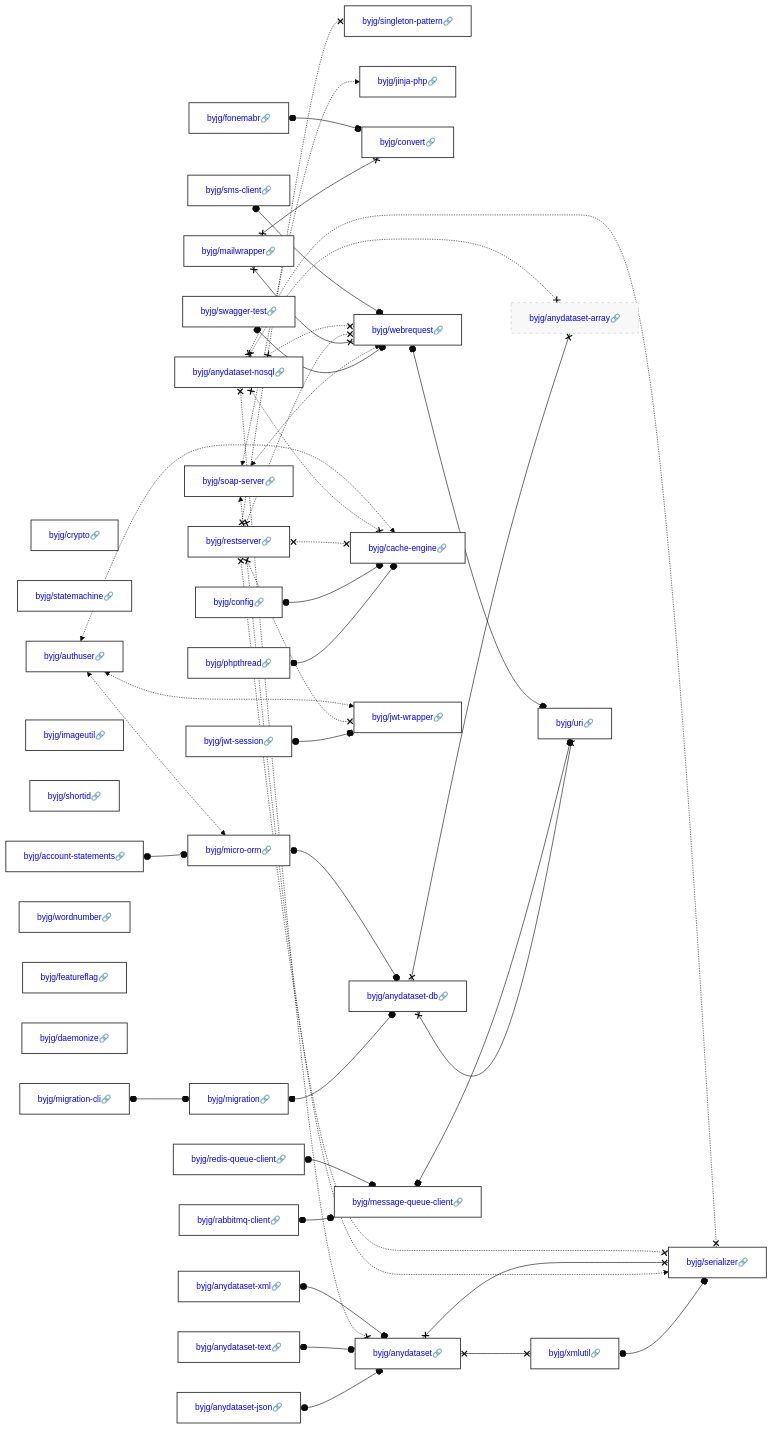
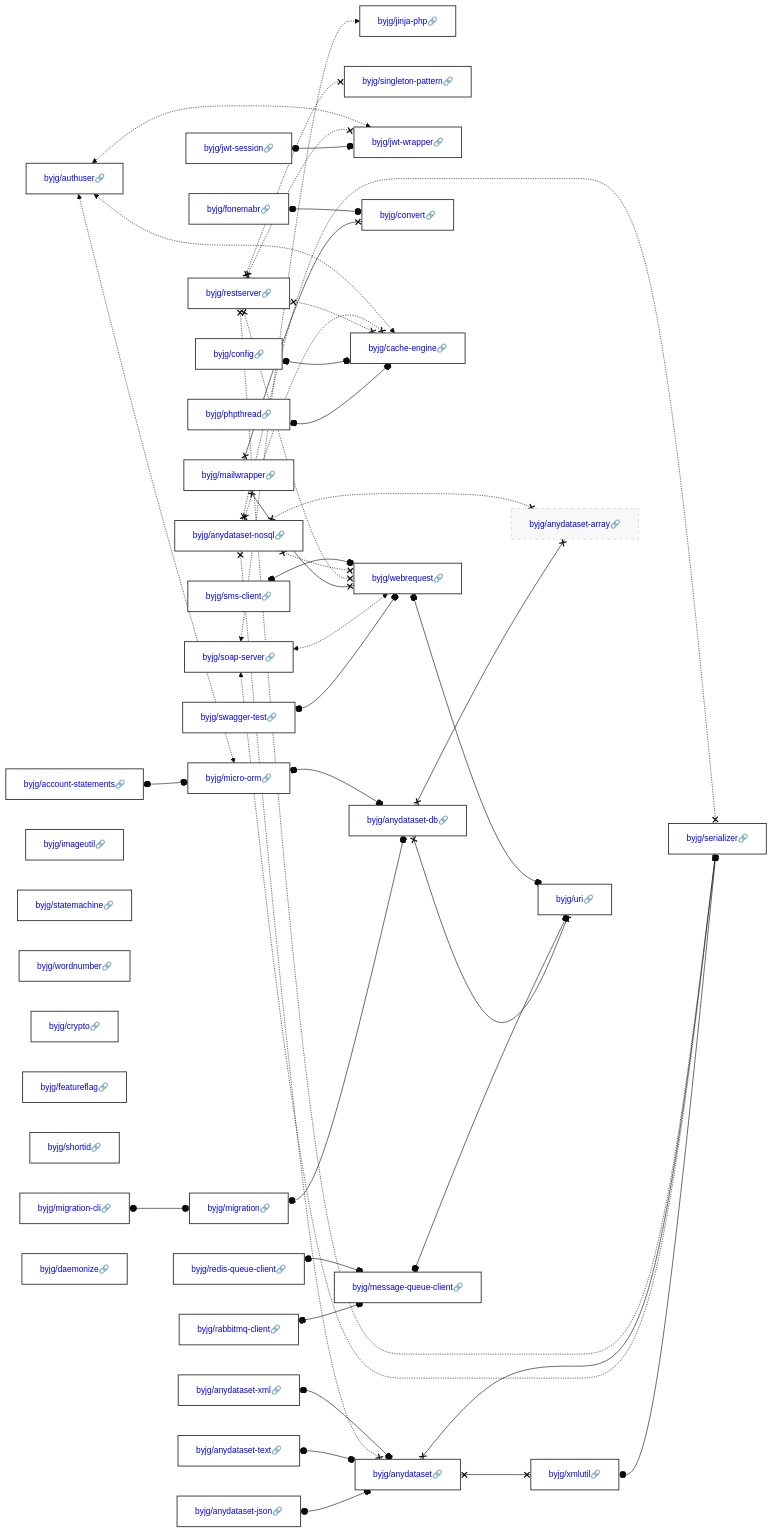
One commit to byjg/byjg.github.io changed the diagram in docs/php/README.md. Above: the diagram before and after it, drawn with Mermaid (base theme). The commit also changed other lines of this file, not shown here.

Commit message:
Update documentation 'php' 'php-serializer'

````diff
--- a/docs/php/README.md
+++ b/docs/php/README.md
@@ -3,45 +3,45 @@
 ```mermaid
 graph LR;
+  byjg/authuser[<a href='https://opensource.byjg.com/docs/php/authuser' style='text-decoration:none'>byjg/authuser🔗</a>];
+  byjg/jwt-session[<a href='https://opensource.byjg.com/docs/php/jwt-session' style='text-decoration:none'>byjg/jwt-session🔗</a>];
+  byjg/anydataset-nosql[<a href='https://opensource.byjg.com/docs/php/anydataset-nosql' style='text-decoration:none'>byjg/anydataset-nosql🔗</a>];
+  byjg/sms-client[<a href='https://opensource.byjg.com/docs/php/sms-client' style='text-decoration:none'>byjg/sms-client🔗</a>];
+  byjg/migration-cli[<a href='https://opensource.byjg.com/docs/php/migration-cli' style='text-decoration:none'>byjg/migration-cli🔗</a>];
+  byjg/mailwrapper[<a href='https://opensource.byjg.com/docs/php/mailwrapper' style='text-decoration:none'>byjg/mailwrapper🔗</a>];
+  byjg/soap-server[<a href='https://opensource.byjg.com/docs/php/soap-server' style='text-decoration:none'>byjg/soap-server🔗</a>];
+  byjg/imageutil[<a href='https://opensource.byjg.com/docs/php/imageutil' style='text-decoration:none'>byjg/imageutil🔗</a>];
+  byjg/config[<a href='https://opensource.byjg.com/docs/php/config' style='text-decoration:none'>byjg/config🔗</a>];
+  byjg/statemachine[<a href='https://opensource.byjg.com/docs/php/statemachine' style='text-decoration:none'>byjg/statemachine🔗</a>];
+  byjg/restserver[<a href='https://opensource.byjg.com/docs/php/restserver' style='text-decoration:none'>byjg/restserver🔗</a>];
+  byjg/swagger-test[<a href='https://opensource.byjg.com/docs/php/swagger-test' style='text-decoration:none'>byjg/swagger-test🔗</a>];
+  byjg/fonemabr[<a href='https://opensource.byjg.com/docs/php/fonemabr' style='text-decoration:none'>byjg/fonemabr🔗</a>];
+  byjg/redis-queue-client[<a href='https://opensource.byjg.com/docs/php/redis-queue-client' style='text-decoration:none'>byjg/redis-queue-client🔗</a>];
+  byjg/anydataset-json[<a href='https://opensource.byjg.com/docs/php/anydataset-json' style='text-decoration:none'>byjg/anydataset-json🔗</a>];
+  byjg/phpthread[<a href='https://opensource.byjg.com/docs/php/phpthread' style='text-decoration:none'>byjg/phpthread🔗</a>];
+  byjg/wordnumber[<a href='https://opensource.byjg.com/docs/php/wordnumber' style='text-decoration:none'>byjg/wordnumber🔗</a>];
   byjg/crypto[<a href='https://opensource.byjg.com/docs/php/crypto' style='text-decoration:none'>byjg/crypto🔗</a>];
-  byjg/restserver[<a href='https://opensource.byjg.com/docs/php/restserver' style='text-decoration:none'>byjg/restserver🔗</a>];
+  byjg/featureflag[<a href='https://opensource.byjg.com/docs/php/featureflag' style='text-decoration:none'>byjg/featureflag🔗</a>];
+  byjg/shortid[<a href='https://opensource.byjg.com/docs/php/shortid' style='text-decoration:none'>byjg/shortid🔗</a>];
   byjg/anydataset-xml[<a href='https://opensource.byjg.com/docs/php/anydataset-xml' style='text-decoration:none'>byjg/anydataset-xml🔗</a>];
-  byjg/statemachine[<a href='https://opensource.byjg.com/docs/php/statemachine' style='text-decoration:none'>byjg/statemachine🔗</a>];
-  byjg/mailwrapper[<a href='https://opensource.byjg.com/docs/php/mailwrapper' style='text-decoration:none'>byjg/mailwrapper🔗</a>];
-  byjg/migration-cli[<a href='https://opensource.byjg.com/docs/php/migration-cli' style='text-decoration:none'>byjg/migration-cli🔗</a>];
-  byjg/imageutil[<a href='https://opensource.byjg.com/docs/php/imageutil' style='text-decoration:none'>byjg/imageutil🔗</a>];
-  byjg/shortid[<a href='https://opensource.byjg.com/docs/php/shortid' style='text-decoration:none'>byjg/shortid🔗</a>];
+  byjg/rabbitmq-client[<a href='https://opensource.byjg.com/docs/php/rabbitmq-client' style='text-decoration:none'>byjg/rabbitmq-client🔗</a>];
+  byjg/account-statements[<a href='https://opensource.byjg.com/docs/php/account-statements' style='text-decoration:none'>byjg/account-statements🔗</a>];
   byjg/anydataset-text[<a href='https://opensource.byjg.com/docs/php/anydataset-text' style='text-decoration:none'>byjg/anydataset-text🔗</a>];
-  byjg/phpthread[<a href='https://opensource.byjg.com/docs/php/phpthread' style='text-decoration:none'>byjg/phpthread🔗</a>];
-  byjg/jwt-session[<a href='https://opensource.byjg.com/docs/php/jwt-session' style='text-decoration:none'>byjg/jwt-session🔗</a>];
-  byjg/account-statements[<a href='https://opensource.byjg.com/docs/php/account-statements' style='text-decoration:none'>byjg/account-statements🔗</a>];
-  byjg/redis-queue-client[<a href='https://opensource.byjg.com/docs/php/redis-queue-client' style='text-decoration:none'>byjg/redis-queue-client🔗</a>];
-  byjg/wordnumber[<a href='https://opensource.byjg.com/docs/php/wordnumber' style='text-decoration:none'>byjg/wordnumber🔗</a>];
-  byjg/soap-server[<a href='https://opensource.byjg.com/docs/php/soap-server' style='text-decoration:none'>byjg/soap-server🔗</a>];
-  byjg/fonemabr[<a href='https://opensource.byjg.com/docs/php/fonemabr' style='text-decoration:none'>byjg/fonemabr🔗</a>];
-  byjg/featureflag[<a href='https://opensource.byjg.com/docs/php/featureflag' style='text-decoration:none'>byjg/featureflag🔗</a>];
-  byjg/sms-client[<a href='https://opensource.byjg.com/docs/php/sms-client' style='text-decoration:none'>byjg/sms-client🔗</a>];
-  byjg/config[<a href='https://opensource.byjg.com/docs/php/config' style='text-decoration:none'>byjg/config🔗</a>];
   byjg/daemonize[<a href='https://opensource.byjg.com/docs/php/daemonize' style='text-decoration:none'>byjg/daemonize🔗</a>];
-  byjg/swagger-test[<a href='https://opensource.byjg.com/docs/php/swagger-test' style='text-decoration:none'>byjg/swagger-test🔗</a>];
-  byjg/anydataset-nosql[<a href='https://opensource.byjg.com/docs/php/anydataset-nosql' style='text-decoration:none'>byjg/anydataset-nosql🔗</a>];
-  byjg/anydataset-json[<a href='https://opensource.byjg.com/docs/php/anydataset-json' style='text-decoration:none'>byjg/anydataset-json🔗</a>];
-  byjg/rabbitmq-client[<a href='https://opensource.byjg.com/docs/php/rabbitmq-client' style='text-decoration:none'>byjg/rabbitmq-client🔗</a>];
-  byjg/authuser[<a href='https://opensource.byjg.com/docs/php/authuser' style='text-decoration:none'>byjg/authuser🔗</a>];
-  byjg/singleton-pattern[<a href='https://opensource.byjg.com/docs/php/singleton-pattern' style='text-decoration:none'>byjg/singleton-pattern🔗</a>];
   byjg/migration[<a href='https://opensource.byjg.com/docs/php/migration' style='text-decoration:none'>byjg/migration🔗</a>];
   byjg/jinja-php[<a href='https://opensource.byjg.com/docs/php/jinja-php' style='text-decoration:none'>byjg/jinja-php🔗</a>];
+  byjg/singleton-pattern[<a href='https://opensource.byjg.com/docs/php/singleton-pattern' style='text-decoration:none'>byjg/singleton-pattern🔗</a>];
+  byjg/jwt-wrapper[<a href='https://opensource.byjg.com/docs/php/jwt-wrapper' style='text-decoration:none'>byjg/jwt-wrapper🔗</a>];
+  byjg/webrequest[<a href='https://opensource.byjg.com/docs/php/webrequest' style='text-decoration:none'>byjg/webrequest🔗</a>];
   byjg/convert[<a href='https://opensource.byjg.com/docs/php/convert' style='text-decoration:none'>byjg/convert🔗</a>];
-  byjg/webrequest[<a href='https://opensource.byjg.com/docs/php/webrequest' style='text-decoration:none'>byjg/webrequest🔗</a>];
-  byjg/anydataset[<a href='https://opensource.byjg.com/docs/php/anydataset' style='text-decoration:none'>byjg/anydataset🔗</a>];
+  byjg/cache-engine[<a href='https://opensource.byjg.com/docs/php/cache-engine' style='text-decoration:none'>byjg/cache-engine🔗</a>];
   byjg/message-queue-client[<a href='https://opensource.byjg.com/docs/php/message-queue-client' style='text-decoration:none'>byjg/message-queue-client🔗</a>];
   byjg/micro-orm[<a href='https://opensource.byjg.com/docs/php/micro-orm' style='text-decoration:none'>byjg/micro-orm🔗</a>];
-  byjg/cache-engine[<a href='https://opensource.byjg.com/docs/php/cache-engine' style='text-decoration:none'>byjg/cache-engine🔗</a>];
-  byjg/jwt-wrapper[<a href='https://opensource.byjg.com/docs/php/jwt-wrapper' style='text-decoration:none'>byjg/jwt-wrapper🔗</a>];
+  byjg/anydataset[<a href='https://opensource.byjg.com/docs/php/anydataset' style='text-decoration:none'>byjg/anydataset🔗</a>];
+  byjg/anydataset-db[<a href='https://opensource.byjg.com/docs/php/anydataset-db' style='text-decoration:none'>byjg/anydataset-db🔗</a>];
   byjg/xmlutil[<a href='https://opensource.byjg.com/docs/php/xmlutil' style='text-decoration:none'>byjg/xmlutil🔗</a>];
-  byjg/anydataset-db[<a href='https://opensource.byjg.com/docs/php/anydataset-db' style='text-decoration:none'>byjg/anydataset-db🔗</a>];
-  byjg/serializer[<a href='https://opensource.byjg.com/docs/php/serializer' style='text-decoration:none'>byjg/serializer🔗</a>];
   byjg/anydataset-array[<a href='https://opensource.byjg.com/docs/php/anydataset-array' style='text-decoration:none'>byjg/anydataset-array🔗</a>];
   byjg/uri[<a href='https://opensource.byjg.com/docs/php/uri' style='text-decoration:none'>byjg/uri🔗</a>];
+  byjg/serializer[<a href='https://opensource.byjg.com/docs/php/serializer' style='text-decoration:none'>byjg/serializer🔗</a>];
   byjg/xmlutil o--o byjg/serializer;
   byjg/rabbitmq-client o--o byjg/message-queue-client;
   byjg/migration o--o byjg/anydataset-db;
````
